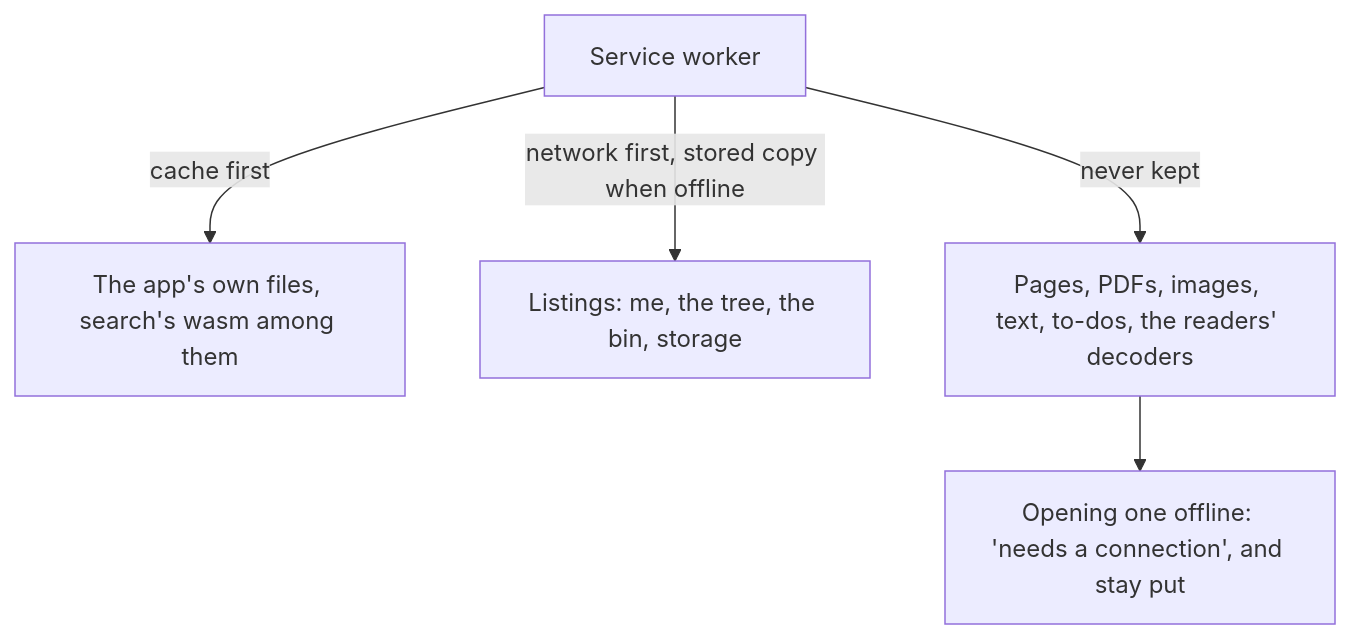
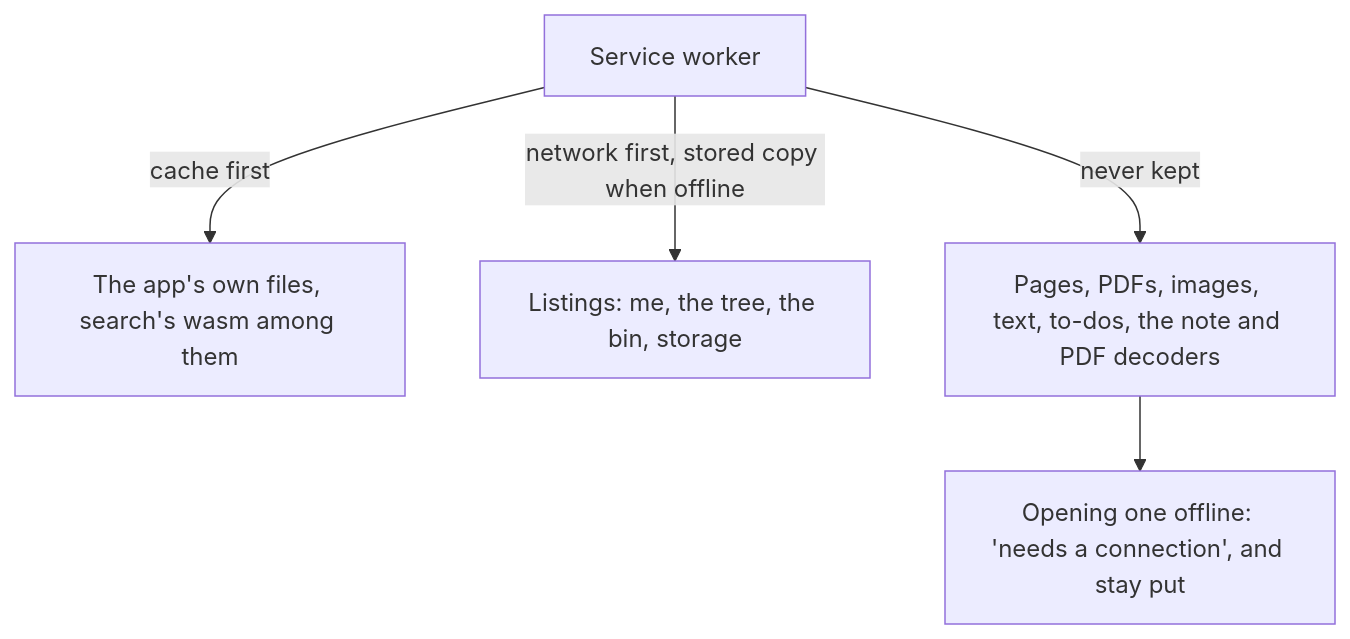
One commit to m00qek/inkhold changed the second of 2 diagrams in docs/content/contributor/phones-and-offline.md. Above: the diagram before and after it, drawn with Mermaid. The commit also changed 12 other files, not shown here.

````diff
--- a/docs/content/contributor/phones-and-offline.md
+++ b/docs/content/contributor/phones-and-offline.md
@@ -62,7 +62,7 @@
 ```mermaid
 flowchart TD
   sw["Service worker"] -->|"cache first"| app["The app's own files, search's wasm among them"]
   sw -->|"network first, stored copy when offline"| lists["Listings: me, the tree, the bin, storage"]
-  sw -->|"never kept"| files["Pages, PDFs, images, text, to-dos, the readers' decoders"]
+  sw -->|"never kept"| files["Pages, PDFs, images, text, to-dos, the note and PDF decoders"]
   files --> need["Opening one offline: 'needs a connection', and stay put"]
 ```
````
